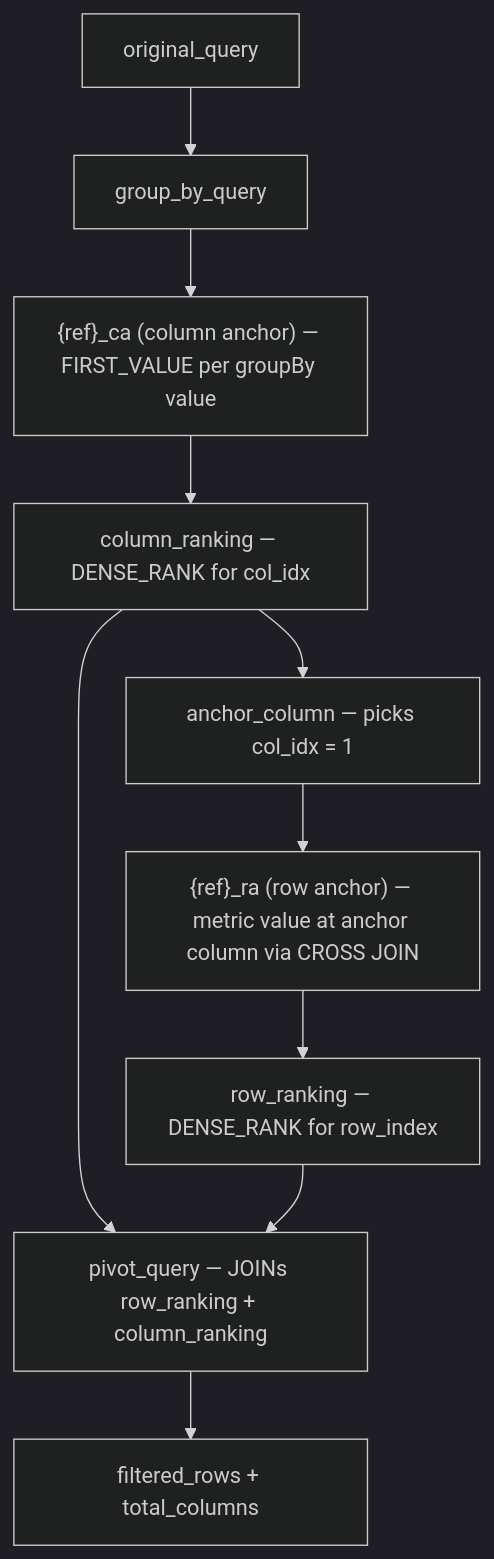
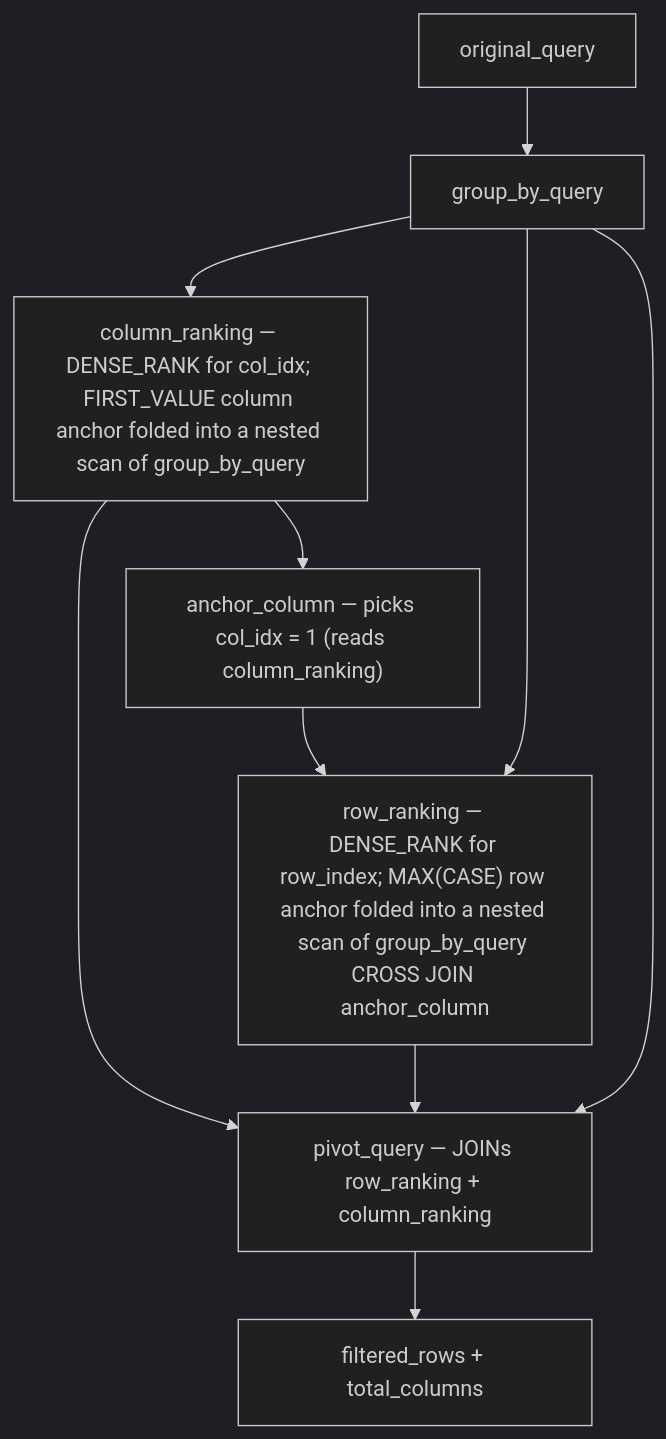
One commit to lightdash/lightdash changed the diagram in packages/backend/src/utils/QueryBuilder/CLAUDE.md. Above: the diagram before and after it, drawn with Mermaid (dark theme). The commit also changed other lines of this file and 2 other files, not shown here.

Commit message:
perf(pivot): fold anchor CTEs into ranking CTEs for metric sort
On the metric-sort path, the {ref}_ca (column anchor) and {ref}_ra (row
anchor) CTEs each scanned group_by_query and were LEFT JOINed back into
column_ranking / row_ranking. On inlining engines this re-expanded the
heavy base subtree, so group_by_query ended up referenced ~6x — which
pushes Trino past query.max-stage-count.

Fold each anchor's window/aggregation into a nested subquery inside its
ranking CTE so the anchor value is produced in the same single scan of
group_by_query. The metric-sort path now references group_by_query ~3x
(was ~6x). As a bonus this is more robust on Databricks/Spark: the anchor
value lives in the same scan as the ranking Window, so there is no
cross-CTE column reference for an inliner to lose.

anchor_column (and the per-metric *_anchor_column pinned variant) stays
its own CTE — it reads column_ranking, not group_by_query. The multi-pin
path is preserved via one CROSS JOIN per distinct anchor. Alias names
{ref}_ca_value / {ref}_ra_value and the final output schema are unchanged.

````diff
--- a/packages/backend/src/utils/QueryBuilder/CLAUDE.md
+++ b/packages/backend/src/utils/QueryBuilder/CLAUDE.md
@@ -73,12 +73,12 @@
 ```mermaid
 graph TD
     A[original_query] --> B[group_by_query]
-    B --> C["{ref}_ca (column anchor) — FIRST_VALUE per groupBy value"]
-    C --> D["column_ranking — DENSE_RANK for col_idx"]
-    D --> E["anchor_column — picks col_idx = 1"]
-    E --> F["{ref}_ra (row anchor) — metric value at anchor column via CROSS JOIN"]
-    F --> G["row_ranking — DENSE_RANK for row_index"]
+    B --> D["column_ranking — DENSE_RANK for col_idx; FIRST_VALUE column anchor folded into a nested scan of group_by_query"]
+    D --> E["anchor_column — picks col_idx = 1 (reads column_ranking)"]
+    E --> G["row_ranking — DENSE_RANK for row_index; MAX(CASE) row anchor folded into a nested scan of group_by_query CROSS JOIN anchor_column"]
+    B --> G
     D --> H["pivot_query — JOINs row_ranking + column_ranking"]
     G --> H
+    B --> H
     H --> I[filtered_rows + total_columns]
 ```
````
